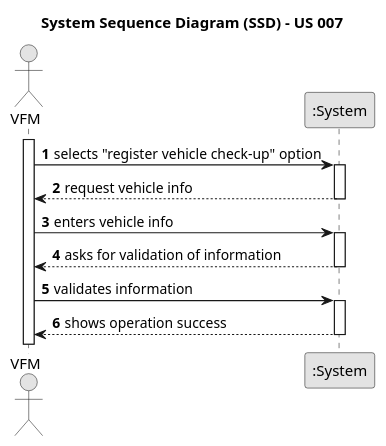
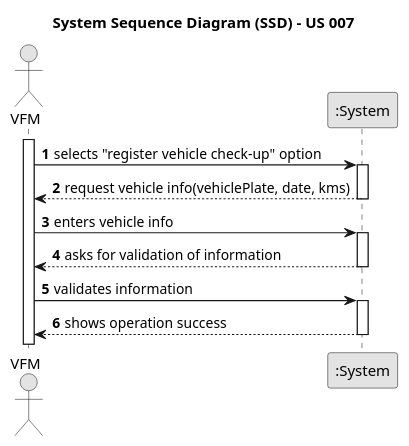
Before and after one commit to Departamento-de-Engenharia-Informatica/lei-24-s2-1dm-g132: the diagram in docs/sprintB/us007/01.requirements-engineering/puml/us007-system-sequence-diagram.puml, drawn with PlantUML. The commit also changed 5 other files, not shown here.

```diff
--- a/docs/sprintB/us007/01.requirements-engineering/puml/us007-system-sequence-diagram.puml
+++ b/docs/sprintB/us007/01.requirements-engineering/puml/us007-system-sequence-diagram.puml
@@ -1,29 +1,31 @@
 @startuml
 skinparam monochrome true
 skinparam packageStyle rectangle
 skinparam shadowing false
 
 title System Sequence Diagram (SSD) - US 007
 
 autonumber
 
 actor "VFM" as VFM
 participant ":System" as System
 
 
 activate VFM
 
     VFM -> System: selects "register vehicle check-up" option
     activate System
 
-         System --> VFM: request vehicle info
+         System --> VFM: request vehicle info(vehiclePlate, date, kms)
             deactivate System
                 VFM -> System: enters vehicle info
                     activate System
                        System --> VFM: asks for validation of information
                                 deactivate System
                                                 VFM -> System: validates information
                                                     activate System
                                                                            System --> VFM: shows operation success
                                                                                     deactivate System
-@enduml                   deactivate System
+
+                  deactivate System
+@enduml
```
